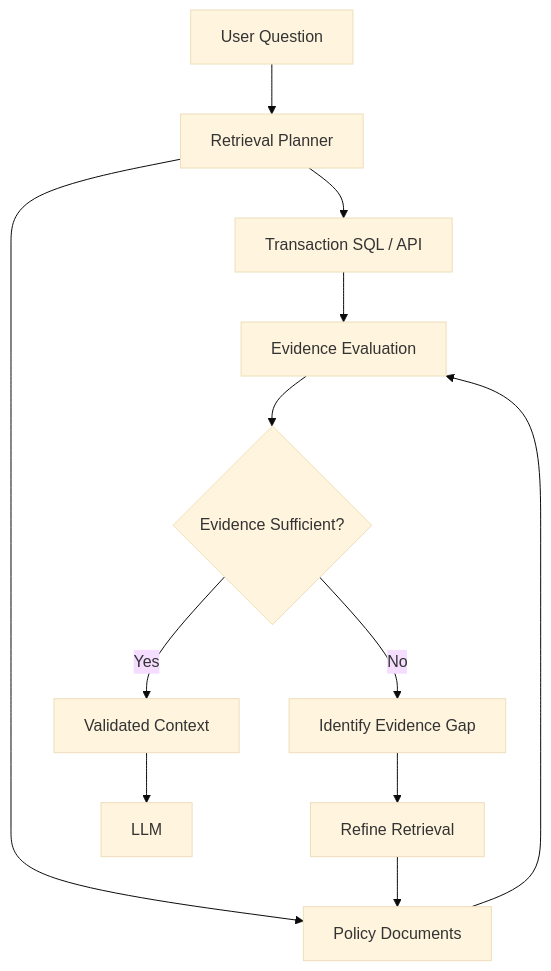
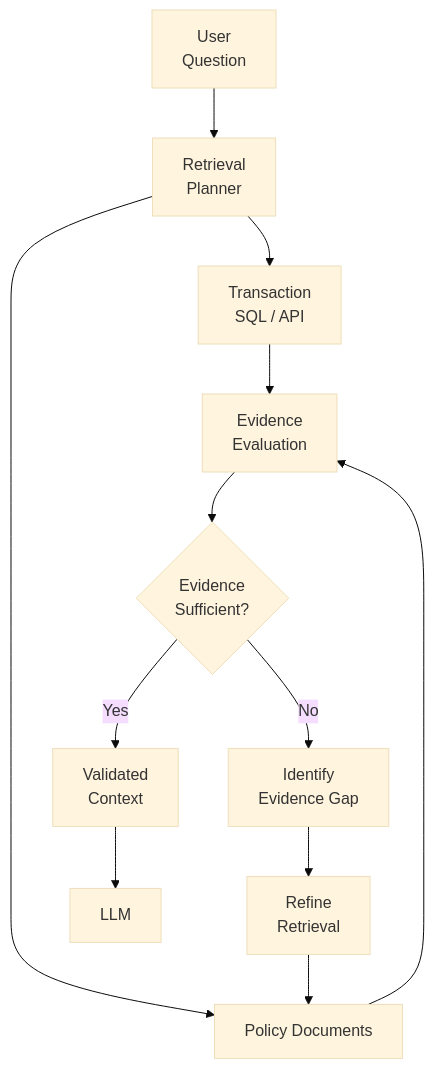
Before and after one commit to MihirKJha/enterprise-ai-blog: the third of 6 diagrams in docs/architecture-insights/genai-and-rag/3.7_architecting_agentic_retrieval_planning_evidence_control.md, drawn with Mermaid (base theme). The commit also changed other lines of this file, not shown here.

````diff
--- a/docs/architecture-insights/genai-and-rag/3.7_architecting_agentic_retrieval_planning_evidence_control.md
+++ b/docs/architecture-insights/genai-and-rag/3.7_architecting_agentic_retrieval_planning_evidence_control.md
@@ -199,19 +199,19 @@
 ```mermaid
 flowchart TD
-    Q[User Question] --> P[Retrieval Planner]
+    Q[User<br/>Question] --> P[Retrieval<br/>Planner]
 
-    P --> T[Transaction SQL / API]
+    P --> T[Transaction<br/>SQL / API]
     P --> POL[Policy Documents]
 
-    T --> E[Evidence Evaluation]
+    T --> E[Evidence<br/>Evaluation]
     POL --> E
 
-    E --> D{Evidence Sufficient?}
+    E --> D{Evidence<br/>Sufficient?}
 
-    D -->|No| G[Identify Evidence Gap]
-    G --> R[Refine Retrieval]
+    D -->|No| G[Identify<br/>Evidence Gap]
+    G --> R[Refine<br/>Retrieval]
     R --> POL
 
-    D -->|Yes| C[Validated Context]
+    D -->|Yes| C[Validated<br/>Context]
     C --> L[LLM]
 ```
````
